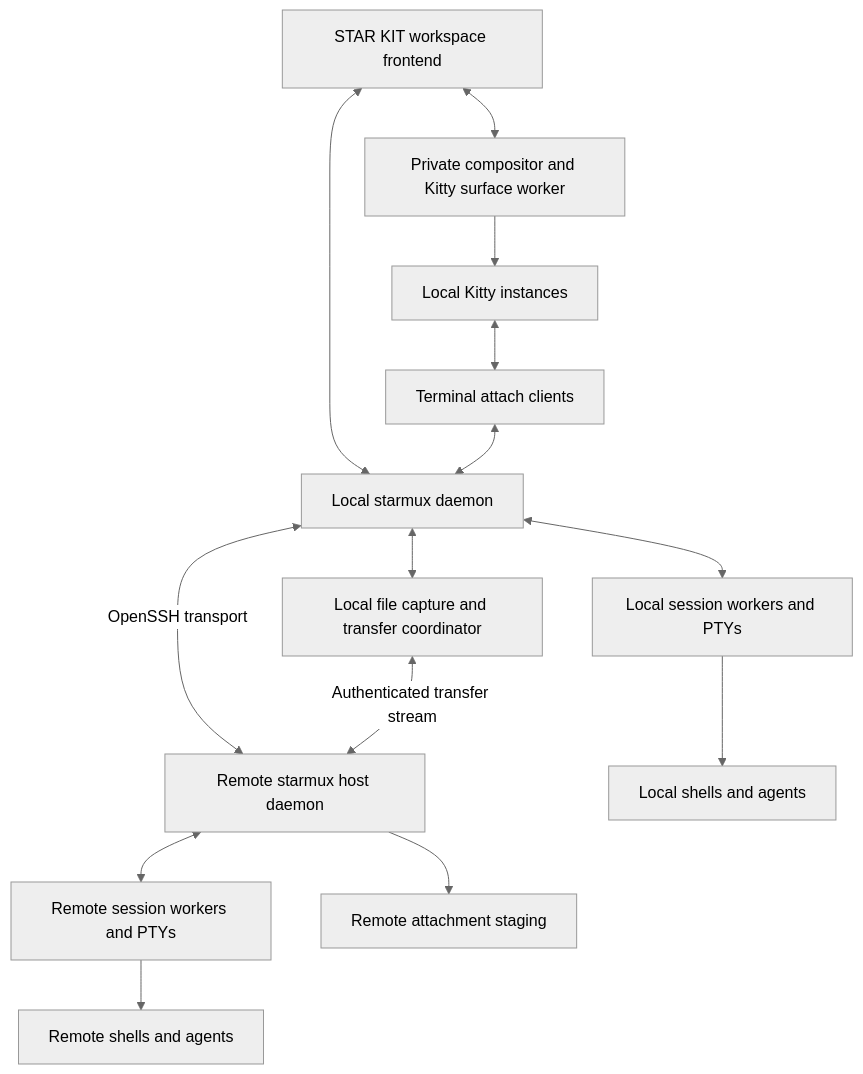
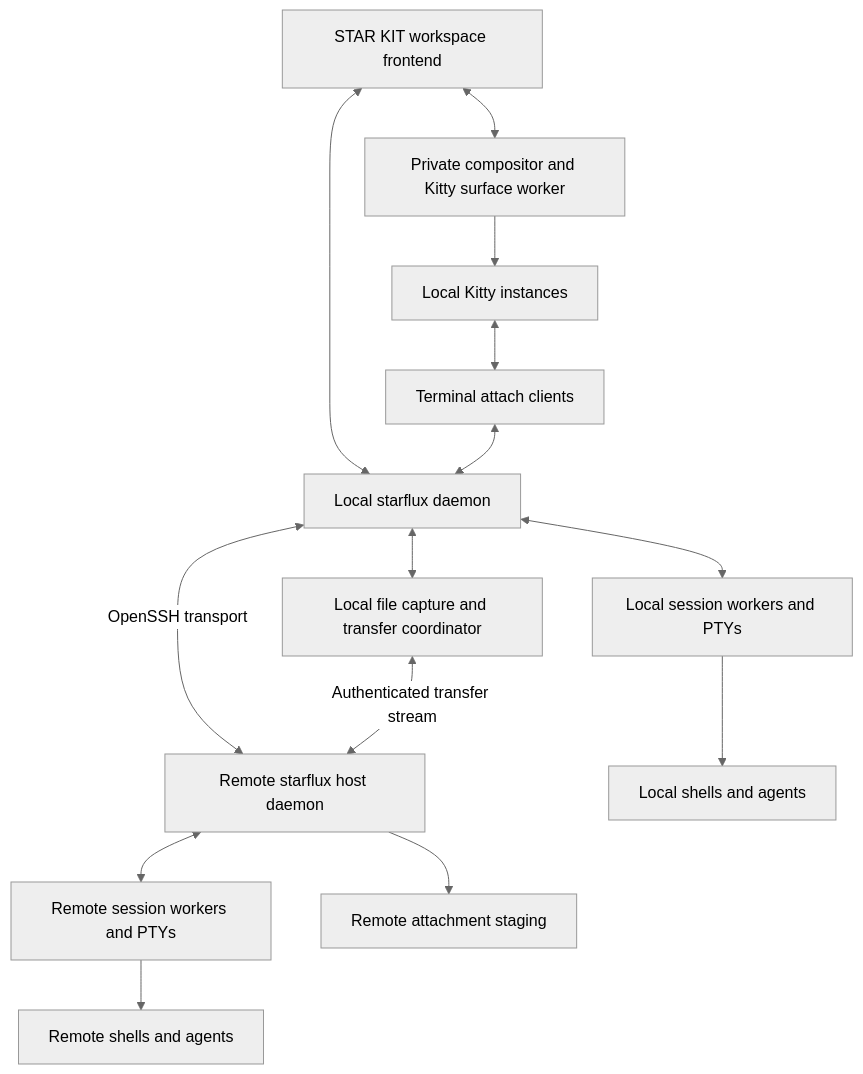
The diagram in docs/plan.md (bstar/starflux), drawn with Mermaid (neutral theme) before and after one commit. The commit also changed other lines of this file and 91 other files, not shown here.

````diff
--- a/docs/plan.md
+++ b/docs/plan.md
@@ -65,16 +65,16 @@
 ```mermaid
 flowchart TD
-    UI[STAR KIT workspace frontend] <--> D[Local starmux daemon]
+    UI[STAR KIT workspace frontend] <--> D[Local starflux daemon]
     UI <--> C[Private compositor and Kitty surface worker]
     C --> K[Local Kitty instances]
     K <--> A[Terminal attach clients]
     A <--> D
     D <--> L[Local session workers and PTYs]
-    D <-->|OpenSSH transport| R[Remote starmux host daemon]
+    D <-->|OpenSSH transport| R[Remote starflux host daemon]
     R <--> W[Remote session workers and PTYs]
     L --> LA[Local shells and agents]
     W --> RA[Remote shells and agents]
     D <--> F[Local file capture and transfer coordinator]
     F <-->|Authenticated transfer stream| R
     R --> S[Remote attachment staging]
 ```
````
